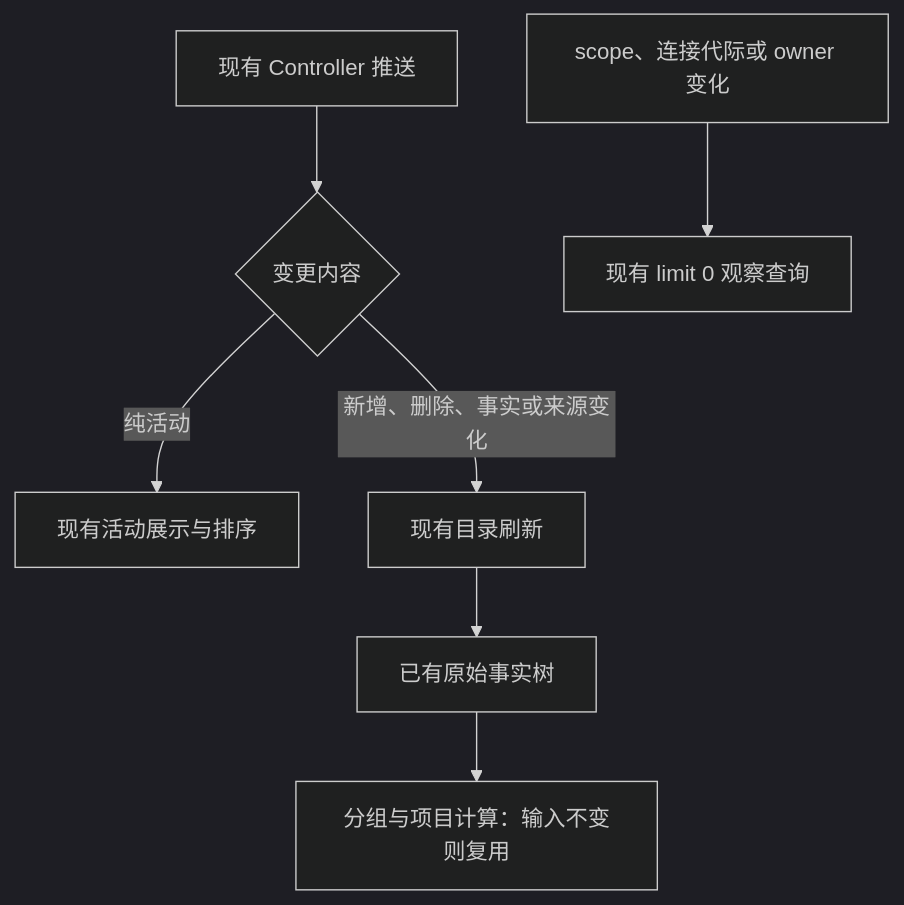
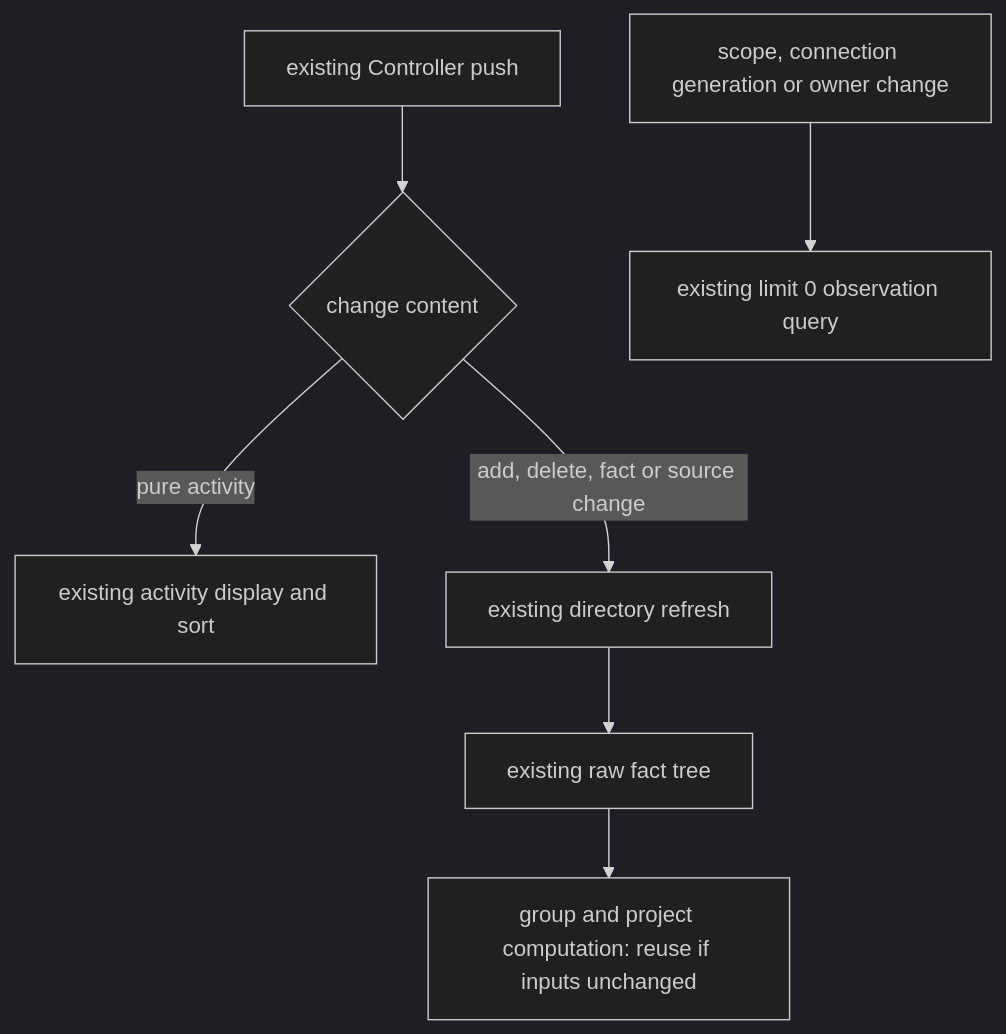
The diagram in docs/task-list-refresh-semantics.md (osben/ZCode), drawn with Mermaid (dark theme) before and after one commit. The commit also changed other lines of this file and 31 other files, not shown here.

````diff
--- a/docs/task-list-refresh-semantics.md
+++ b/docs/task-list-refresh-semantics.md
@@ -279,9 +402,9 @@
 ```mermaid
 flowchart TD
-  C[现有 Controller 推送] --> K{变更内容}
-  K -->|纯活动| A[现有活动展示与排序]
-  K -->|新增、删除、事实或来源变化| R[现有目录刷新]
-  R --> F[已有原始事实树]
-  F --> G[分组与项目计算：输入不变则复用]
-  S[scope、连接代际或 owner 变化] --> Q[现有 limit 0 观察查询]
+  C[existing Controller push] --> K{change content}
+  K -->|pure activity| A[existing activity display and sort]
+  K -->|add, delete, fact or source change| R[existing directory refresh]
+  R --> F[existing raw fact tree]
+  F --> G[group and project computation: reuse if inputs unchanged]
+  S[scope, connection generation or owner change] --> Q[existing limit 0 observation query]
 ```
````
